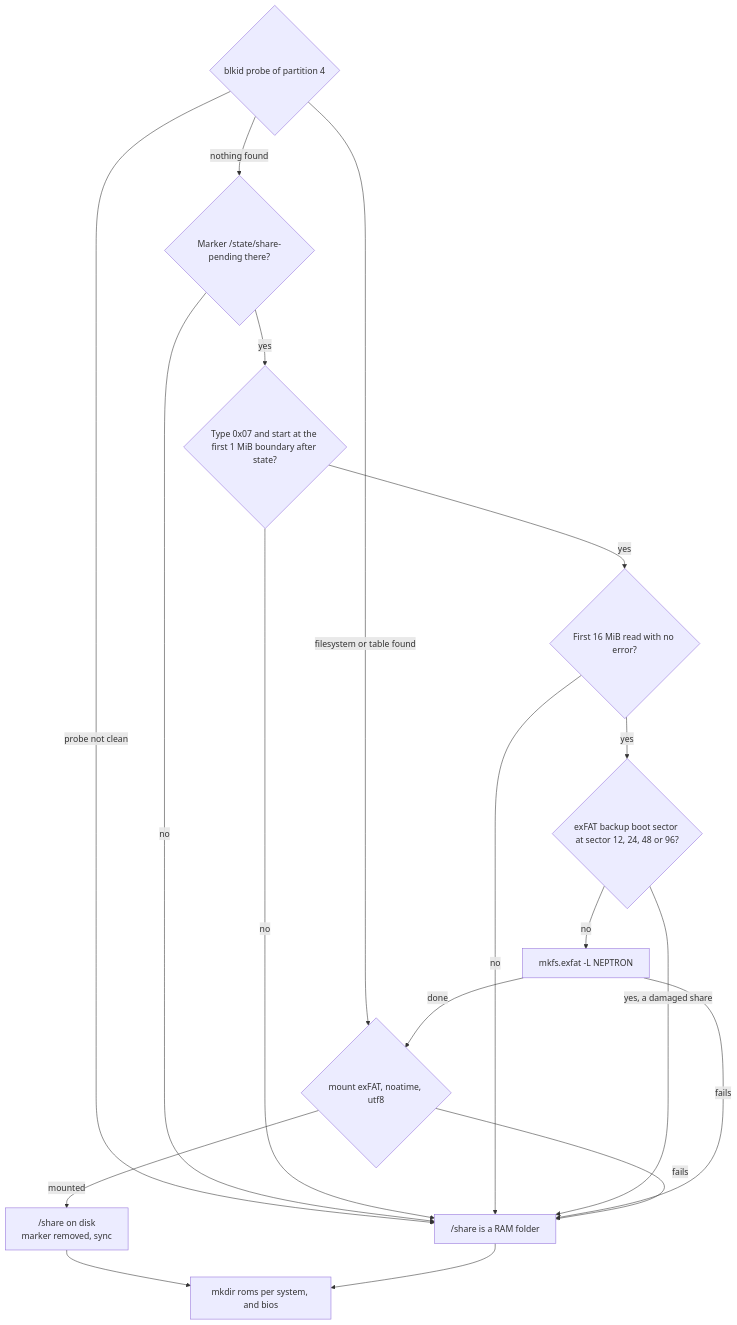
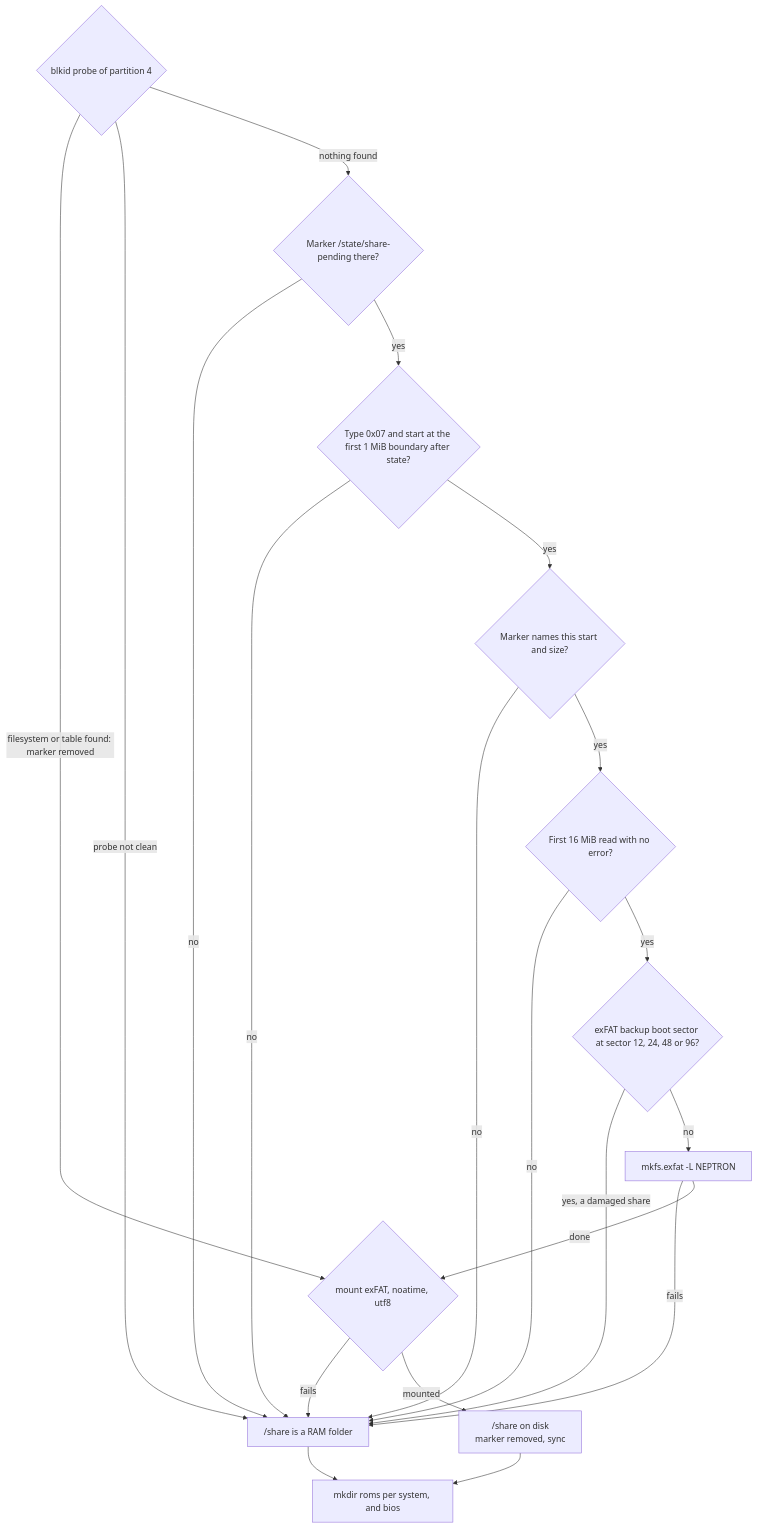
Before and after one commit to paologaleotti/neptron: the fourth of 6 diagrams in docs/flows/01-power-on.md, drawn with Mermaid. The commit also changed other lines of this file and 2 other files, not shown here.

First line of the commit message:
docs: describe the share marker and the states a format may fix

````diff
--- a/docs/flows/01-power-on.md
+++ b/docs/flows/01-power-on.md
@@ -70,20 +70,22 @@
 ```mermaid
 flowchart TD
-    SIG{"blkid probe of partition 4"} -->|"filesystem or table found"| MOUNT{"mount exFAT, noatime, utf8"}
+    SIG{"blkid probe of partition 4"} -->|"filesystem or table found: marker removed"| MOUNT{"mount exFAT, noatime, utf8"}
     SIG -->|"probe not clean"| RAM["/share is a RAM folder"]
     SIG -->|"nothing found"| MK{"Marker /state/share-pending there?"}
     MK -->|"no"| RAM
     MK -->|"yes"| TS{"Type 0x07 and start at the first 1 MiB boundary after state?"}
     TS -->|"no"| RAM
-    TS -->|"yes"| RD{"First 16 MiB read with no error?"}
+    TS -->|"yes"| MS{"Marker names this start and size?"}
+    MS -->|"no"| RAM
+    MS -->|"yes"| RD{"First 16 MiB read with no error?"}
     RD -->|"no"| RAM
     RD -->|"yes"| BK{"exFAT backup boot sector at sector 12, 24, 48 or 96?"}
     BK -->|"yes, a damaged share"| RAM
     BK -->|"no"| FMT["mkfs.exfat -L NEPTRON"]
     FMT -->|"fails"| RAM
     FMT -->|"done"| MOUNT
     MOUNT -->|"fails"| RAM
     MOUNT -->|"mounted"| DONE["/share on disk<br/>marker removed, sync"]
     DONE --> DIRS["mkdir roms per system, and bios"]
     RAM --> DIRS
 ```
````
